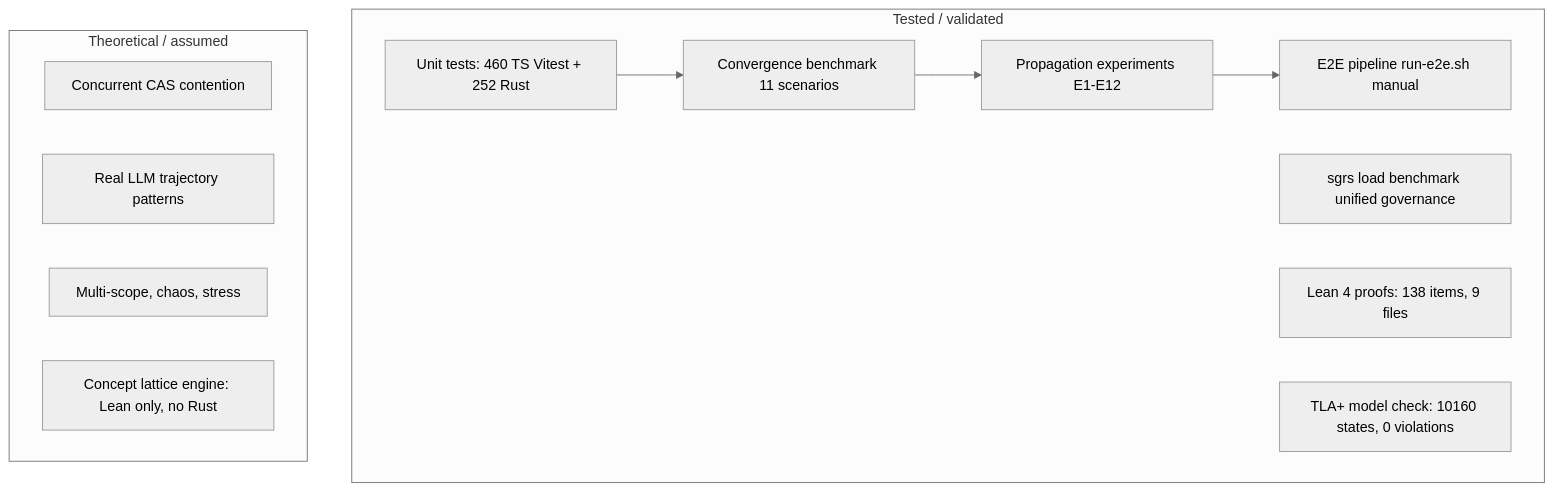
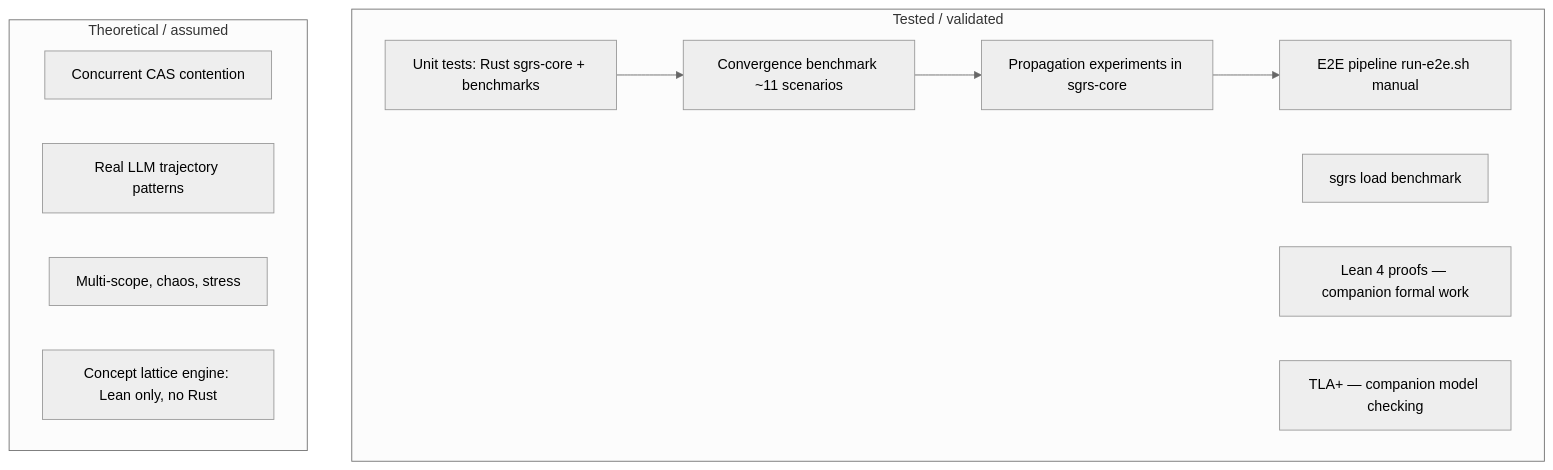
One commit to DealExMachina/open-governed-swarm-of-agents changed the diagram in docs/validation.md. Above: the diagram before and after it, drawn with Mermaid (neutral theme). The commit also changed other lines of this file and 20 other files, not shown here.

````diff
--- a/docs/validation.md
+++ b/docs/validation.md
@@ -16,21 +16,21 @@
 ```mermaid
 flowchart TB
   subgraph tested["Tested / validated"]
-    U[Unit tests: 460 TS Vitest + 252 Rust]
-    BENCH[Convergence benchmark 11 scenarios]
-    SGRS[sgrs load benchmark unified governance]
-    PROP[Propagation experiments E1-E12]
-    LEAN[Lean 4 proofs: 138 items, 9 files]
-    TLAP[TLA+ model check: 10160 states, 0 violations]
+    U[Unit tests: Rust sgrs-core + benchmarks]
+    BENCH[Convergence benchmark ~11 scenarios]
+    SGRS[sgrs load benchmark]
+    PROP[Propagation experiments in sgrs-core]
+    LEAN[Lean 4 proofs — companion formal work]
+    TLAP[TLA+ — companion model checking]
     E2E[E2E pipeline run-e2e.sh manual]
   end
   subgraph theoretical["Theoretical / assumed"]
     T1[Concurrent CAS contention]
     T2[Real LLM trajectory patterns]
     T3[Multi-scope, chaos, stress]
     T4[Concept lattice engine: Lean only, no Rust]
   end
   U --> BENCH
   BENCH --> PROP
   PROP --> E2E
 ```
````
